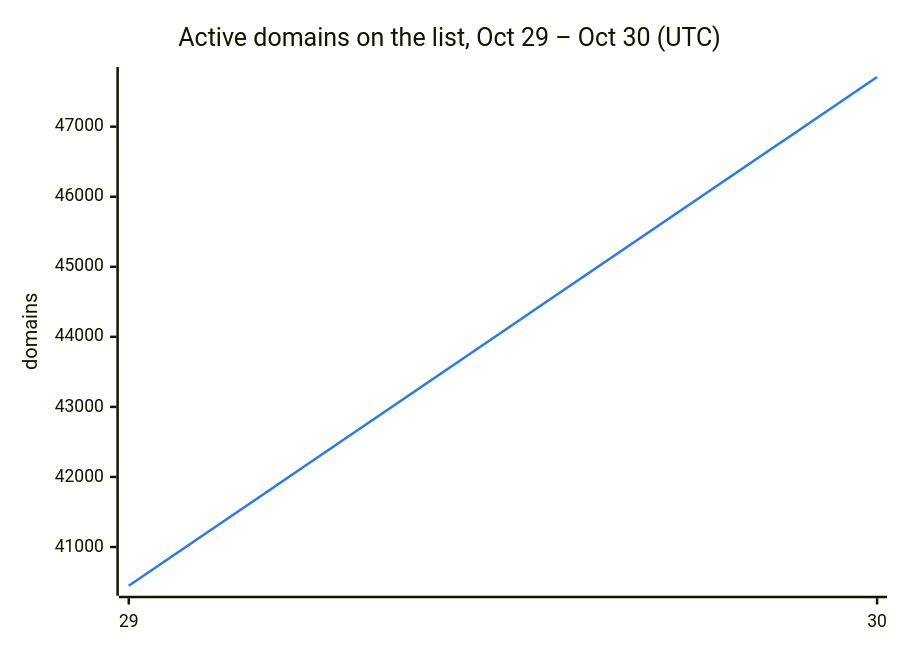
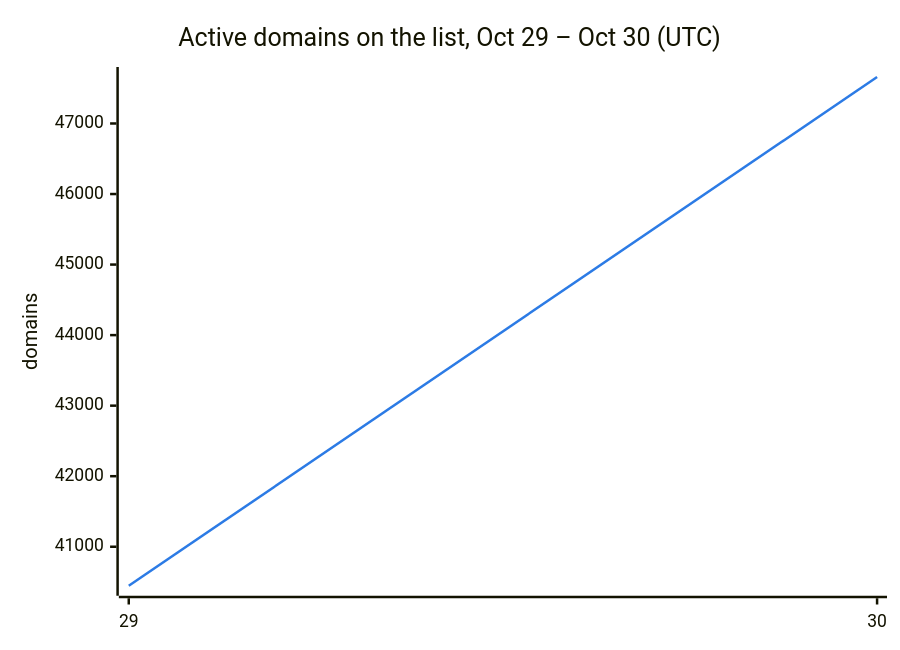
The second of 3 diagrams in README.md (DNSBunker/CTI), drawn with Mermaid before and after one commit. The commit also changed other lines of this file and 3 other files, not shown here.

````diff
--- a/README.md
+++ b/README.md
@@ -38,8 +38,8 @@
 ```mermaid
 %%{init: {"themeVariables": {"xyChart": {"plotColorPalette": "#2c7be5"}}}}%%
 xychart-beta
     title "Active domains on the list, Oct 29 – Oct 30 (UTC)"
     x-axis ["29", "30"]
     y-axis "domains"
-    line [40447, 47709]
+    line [40447, 47659]
 ```
````
